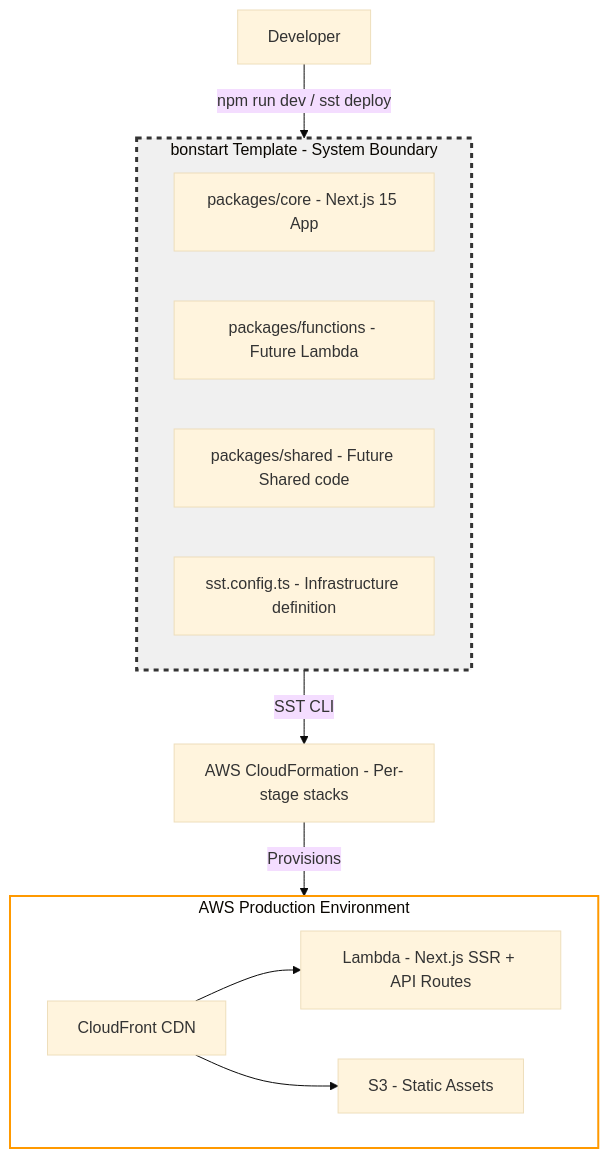
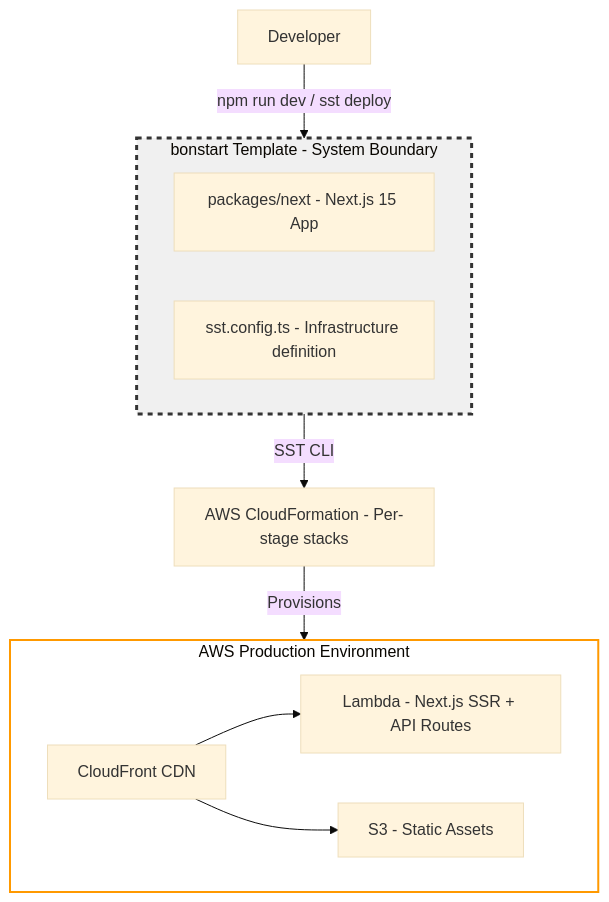
One commit to claymore82/bonterra-outcomes-app changed the diagram in docs/examples/ARCHITECTURE.md. Above: the diagram before and after it, drawn with Mermaid (base theme). The commit also changed other lines of this file and 1 other file, not shown here.

````diff
--- a/docs/examples/ARCHITECTURE.md
+++ b/docs/examples/ARCHITECTURE.md
@@ -27,29 +23,27 @@
 ```mermaid
 graph TB
     Dev[Developer]
     
     subgraph system[bonstart Template - System Boundary]
-        Core[packages/core - Next.js 15 App]
-        Functions[packages/functions - Future Lambda]
-        Shared[packages/shared - Future Shared code]
+        Next[packages/next - Next.js 15 App]
         SSTConfig[sst.config.ts - Infrastructure definition]
     end
     
     CFN[AWS CloudFormation - Per-stage stacks]
     
     subgraph aws[AWS Production Environment]
         CF[CloudFront CDN]
         Lambda[Lambda - Next.js SSR + API Routes]
         S3[S3 - Static Assets]
     end
     
     Dev -->|npm run dev / sst deploy| system
     system -->|SST CLI| CFN
     CFN -->|Provisions| aws
     
     CF --> Lambda
     CF --> S3
     
     style system fill:#f0f0f0,stroke:#333,stroke-width:3px,stroke-dasharray: 5 5
     style aws fill:#fff,stroke:#ff9900,stroke-width:2px
 ```
````
